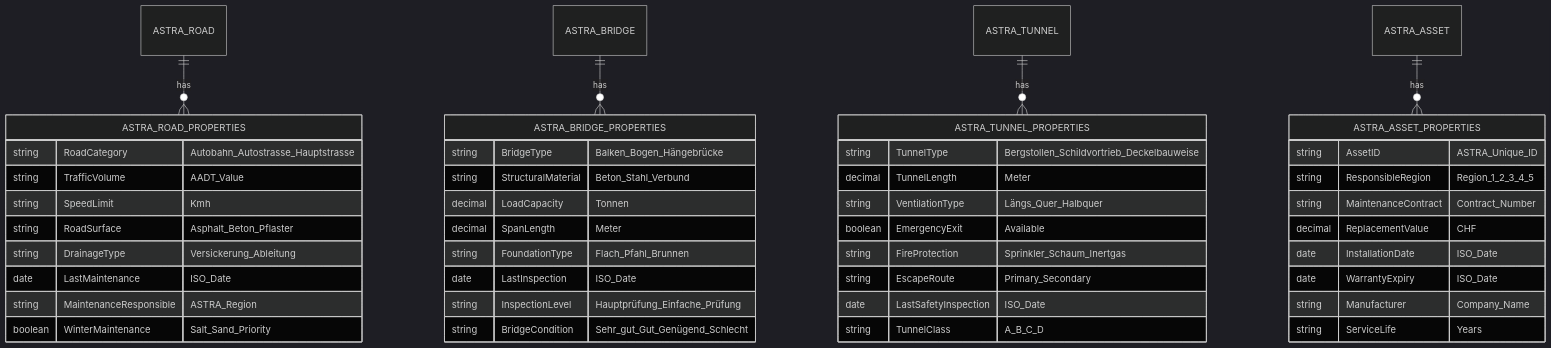
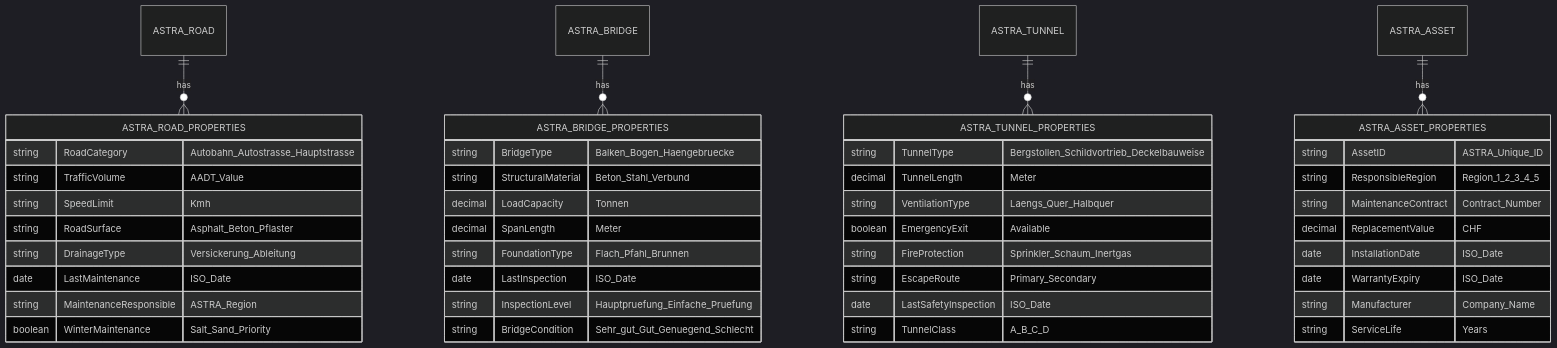
The sixth of 13 diagrams in bim-anforderungen_infra.md (NikolayBorissovASTRA/bim), drawn with Mermaid (dark theme) before and after one commit. The commit also changed other lines of this file, not shown here.

````diff
--- a/bim-anforderungen_infra.md
+++ b/bim-anforderungen_infra.md
@@ -284,51 +285,51 @@
 ```mermaid
 erDiagram
-    ASTRA_ROAD ||--o{ ASTRA_ROAD_PROPERTIES : "has"
-    ASTRA_BRIDGE ||--o{ ASTRA_BRIDGE_PROPERTIES : "has"
-    ASTRA_TUNNEL ||--o{ ASTRA_TUNNEL_PROPERTIES : "has"
-    ASTRA_ASSET ||--o{ ASTRA_ASSET_PROPERTIES : "has"
+    ASTRA_ROAD ||--o{ ASTRA_ROAD_PROPERTIES : has
+    ASTRA_BRIDGE ||--o{ ASTRA_BRIDGE_PROPERTIES : has
+    ASTRA_TUNNEL ||--o{ ASTRA_TUNNEL_PROPERTIES : has
+    ASTRA_ASSET ||--o{ ASTRA_ASSET_PROPERTIES : has
     
     ASTRA_ROAD_PROPERTIES {
         string RoadCategory "Autobahn_Autostrasse_Hauptstrasse"
         string TrafficVolume "AADT_Value"
         string SpeedLimit "Kmh"
         string RoadSurface "Asphalt_Beton_Pflaster"
         string DrainageType "Versickerung_Ableitung"
         date LastMaintenance "ISO_Date"
         string MaintenanceResponsible "ASTRA_Region"
         boolean WinterMaintenance "Salt_Sand_Priority"
     }
     
     ASTRA_BRIDGE_PROPERTIES {
-        string BridgeType "Balken_Bogen_Hängebrücke"
+        string BridgeType "Balken_Bogen_Haengebruecke"
         string StructuralMaterial "Beton_Stahl_Verbund"
         decimal LoadCapacity "Tonnen"
         decimal SpanLength "Meter"
         string FoundationType "Flach_Pfahl_Brunnen"
         date LastInspection "ISO_Date"
-        string InspectionLevel "Hauptprüfung_Einfache_Prüfung"
-        string BridgeCondition "Sehr_gut_Gut_Genügend_Schlecht"
+        string InspectionLevel "Hauptpruefung_Einfache_Pruefung"
+        string BridgeCondition "Sehr_gut_Gut_Genuegend_Schlecht"
     }
     
     ASTRA_TUNNEL_PROPERTIES {
         string TunnelType "Bergstollen_Schildvortrieb_Deckelbauweise"
         decimal TunnelLength "Meter"
-        string VentilationType "Längs_Quer_Halbquer"
+        string VentilationType "Laengs_Quer_Halbquer"
         boolean EmergencyExit "Available"
         string FireProtection "Sprinkler_Schaum_Inertgas"
         string EscapeRoute "Primary_Secondary"
         date LastSafetyInspection "ISO_Date"
         string TunnelClass "A_B_C_D"
     }
     
     ASTRA_ASSET_PROPERTIES {
         string AssetID "ASTRA_Unique_ID"
         string ResponsibleRegion "Region_1_2_3_4_5"
         string MaintenanceContract "Contract_Number"
         decimal ReplacementValue "CHF"
         date InstallationDate "ISO_Date"
         date WarrantyExpiry "ISO_Date"
         string Manufacturer "Company_Name"
         string ServiceLife "Years"
     }
 ```
````
